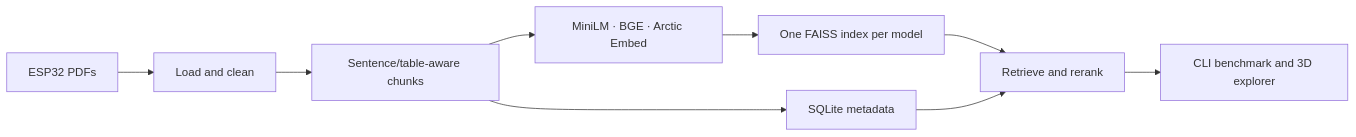
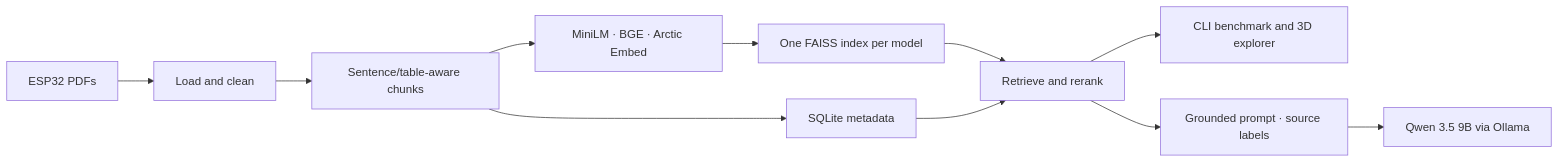
The second of 2 diagrams in README.md (TomiHeikkinen96/Embedded-Rag-Evaluation-Platform), drawn with Mermaid before and after one commit. The commit also changed other lines of this file and 13 other files, not shown here.

````diff
--- a/README.md
+++ b/README.md
@@ -58,11 +58,13 @@
 ```mermaid
 flowchart LR
     PDF["ESP32 PDFs"] --> LOAD["Load and clean"]
     LOAD --> CHUNK["Sentence/table-aware chunks"]
     CHUNK --> EMBED["MiniLM · BGE · Arctic Embed"]
     EMBED --> FAISS["One FAISS index per model"]
     CHUNK --> SQLITE["SQLite metadata"]
     FAISS --> SEARCH["Retrieve and rerank"]
     SQLITE --> SEARCH
     SEARCH --> INSPECT["CLI benchmark and 3D explorer"]
+    SEARCH --> PROMPT["Grounded prompt · source labels"]
+    PROMPT --> QWEN["Qwen 3.5 9B via Ollama"]
 ```
````
